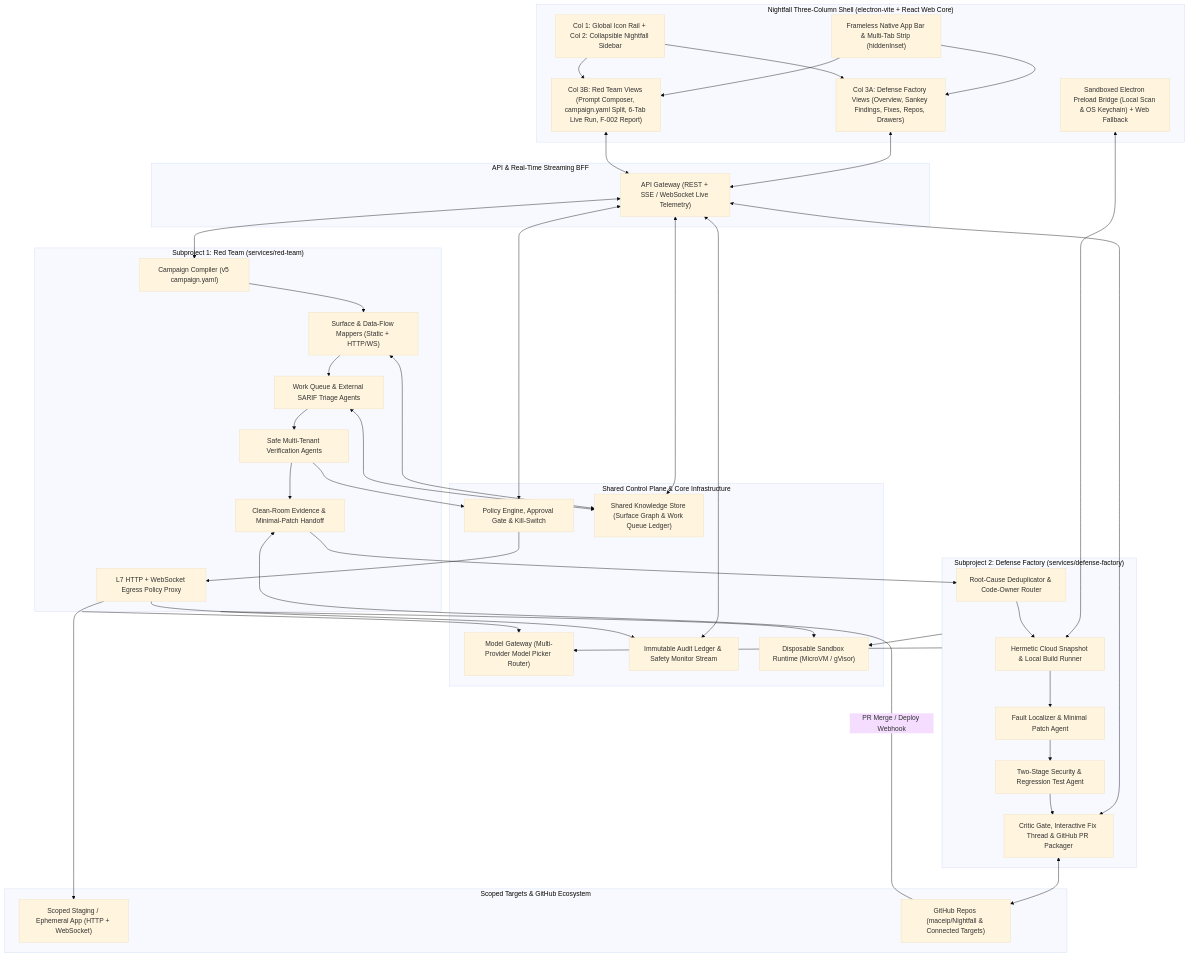
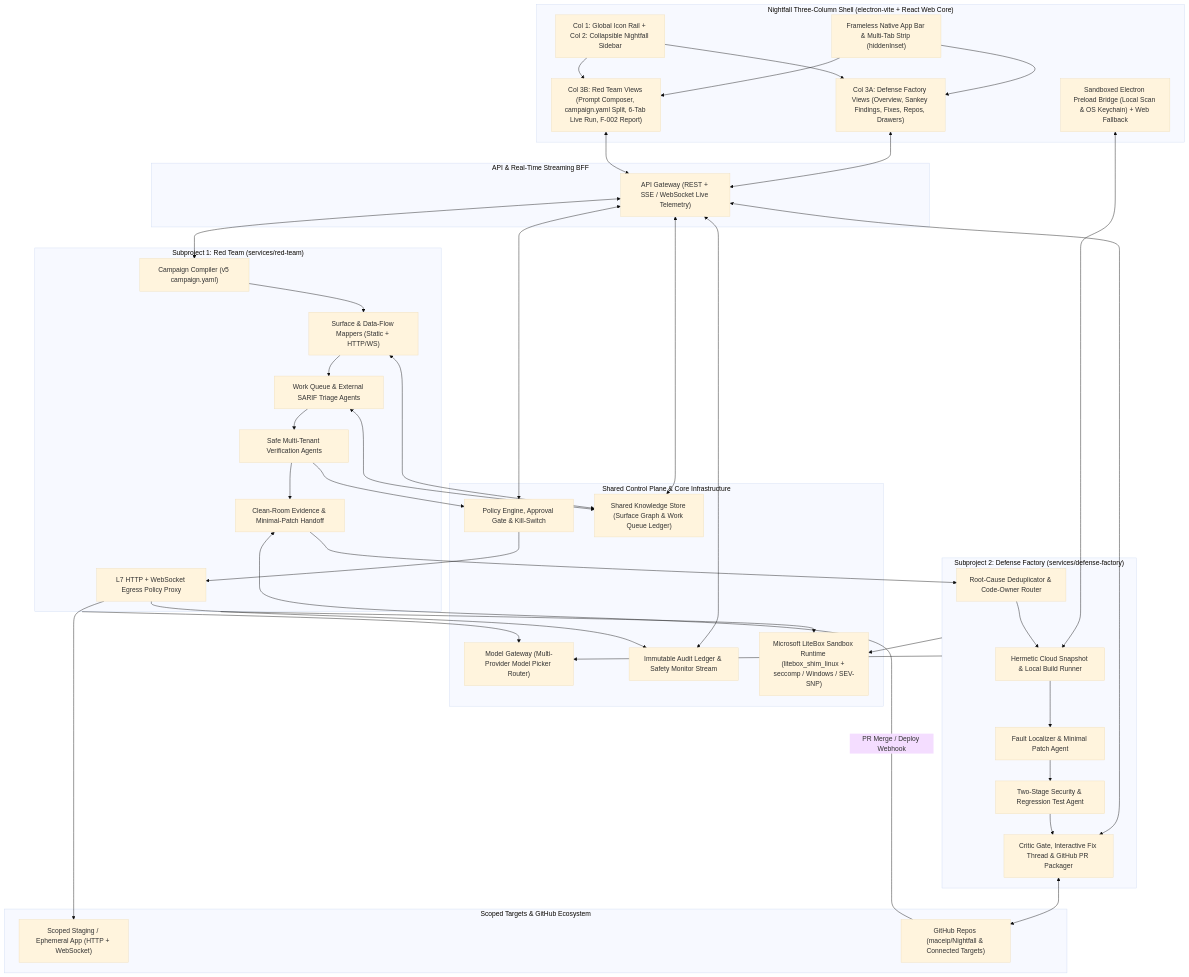
The first of 2 diagrams in docs/BUILD_PLAN.md (maceip/Nightfall), drawn with Mermaid (base theme) before and after one commit. The commit also changed other lines of this file and 156 other files, not shown here.

Commit message:
feat: Microsoft LiteBox sandbox, zero-mock SQLite engines, webclaw UI design system, and zcode-aligned Electron MSI/DMG CI

````diff
--- a/docs/BUILD_PLAN.md
+++ b/docs/BUILD_PLAN.md
@@ -19,82 +19,82 @@
 ```mermaid
 flowchart TB
     subgraph Presentation["Nightfall Three-Column Shell (electron-vite + React Web Core)"]
         CHROME["Frameless Native App Bar & Multi-Tab Strip (hiddenInset)"]
         RAIL["Col 1: Global Icon Rail + Col 2: Collapsible Nightfall Sidebar"]
         DF_VIEWS["Col 3A: Defense Factory Views (Overview, Sankey Findings, Fixes, Repos, Drawers)"]
         RT_VIEWS["Col 3B: Red Team Views (Prompt Composer, campaign.yaml Split, 6-Tab Live Run, F-002 Report)"]
         BRIDGE["Sandboxed Electron Preload Bridge (Local Scan & OS Keychain) + Web Fallback"]
     end
 
     subgraph Gateway["API & Real-Time Streaming BFF"]
         BFF["API Gateway (REST + SSE / WebSocket Live Telemetry)"]
     end
 
     subgraph SharedFoundation["Shared Control Plane & Core Infrastructure"]
         MG["Model Gateway (Multi-Provider Model Picker Router)"]
         PG["Policy Engine, Approval Gate & Kill-Switch"]
         SM["Shared Knowledge Store (Surface Graph & Work Queue Ledger)"]
         AL["Immutable Audit Ledger & Safety Monitor Stream"]
-        SR["Disposable Sandbox Runtime (MicroVM / gVisor)"]
+        SR["Microsoft LiteBox Sandbox Runtime (litebox_shim_linux + seccomp / Windows / SEV-SNP)"]
     end
 
     subgraph RedTeam["Subproject 1: Red Team (services/red-team)"]
         CAMP["Campaign Compiler (v5 campaign.yaml)"]
         MAP["Surface & Data-Flow Mappers (Static + HTTP/WS)"]
         HYP["Work Queue & External SARIF Triage Agents"]
         VER["Safe Multi-Tenant Verification Agents"]
         EPP["L7 HTTP + WebSocket Egress Policy Proxy"]
         EVC["Clean-Room Evidence & Minimal-Patch Handoff"]
     end
 
     subgraph DefenseFactory["Subproject 2: Defense Factory (services/defense-factory)"]
         OWN["Root-Cause Deduplicator & Code-Owner Router"]
         ENV["Hermetic Cloud Snapshot & Local Build Runner"]
         LOC["Fault Localizer & Minimal Patch Agent"]
         TST["Two-Stage Security & Regression Test Agent"]
         PRP["Critic Gate, Interactive Fix Thread & GitHub PR Packager"]
     end
 
     subgraph ExternalBoundary["Scoped Targets & GitHub Ecosystem"]
         APP["Scoped Staging / Ephemeral App (HTTP + WebSocket)"]
         VCS["GitHub Repos (maceip/Nightfall & Connected Targets)"]
     end
 
     CHROME --> DF_VIEWS
     CHROME --> RT_VIEWS
     RAIL --> DF_VIEWS
     RAIL --> RT_VIEWS
     DF_VIEWS <--> BFF
     RT_VIEWS <--> BFF
     BRIDGE <--> ENV
 
     BFF <--> PG
     BFF <--> SM
     BFF <--> AL
     BFF <--> CAMP
     BFF <--> PRP
 
     CAMP --> MAP
     MAP <--> SM
     MAP --> HYP
     HYP <--> SM
     HYP --> VER
     VER --> PG
     PG --> EPP
     EPP --> APP
     VER --> EVC
     EVC --> OWN
 
     OWN --> ENV
     ENV --> LOC
     LOC --> TST
     TST --> PRP
     PRP <--> VCS
     VCS -->|"PR Merge / Deploy Webhook"| EVC
 
     RedTeam --> MG
     DefenseFactory --> MG
     RedTeam --> SR
     DefenseFactory --> SR
     EPP --> AL
 ```
````
